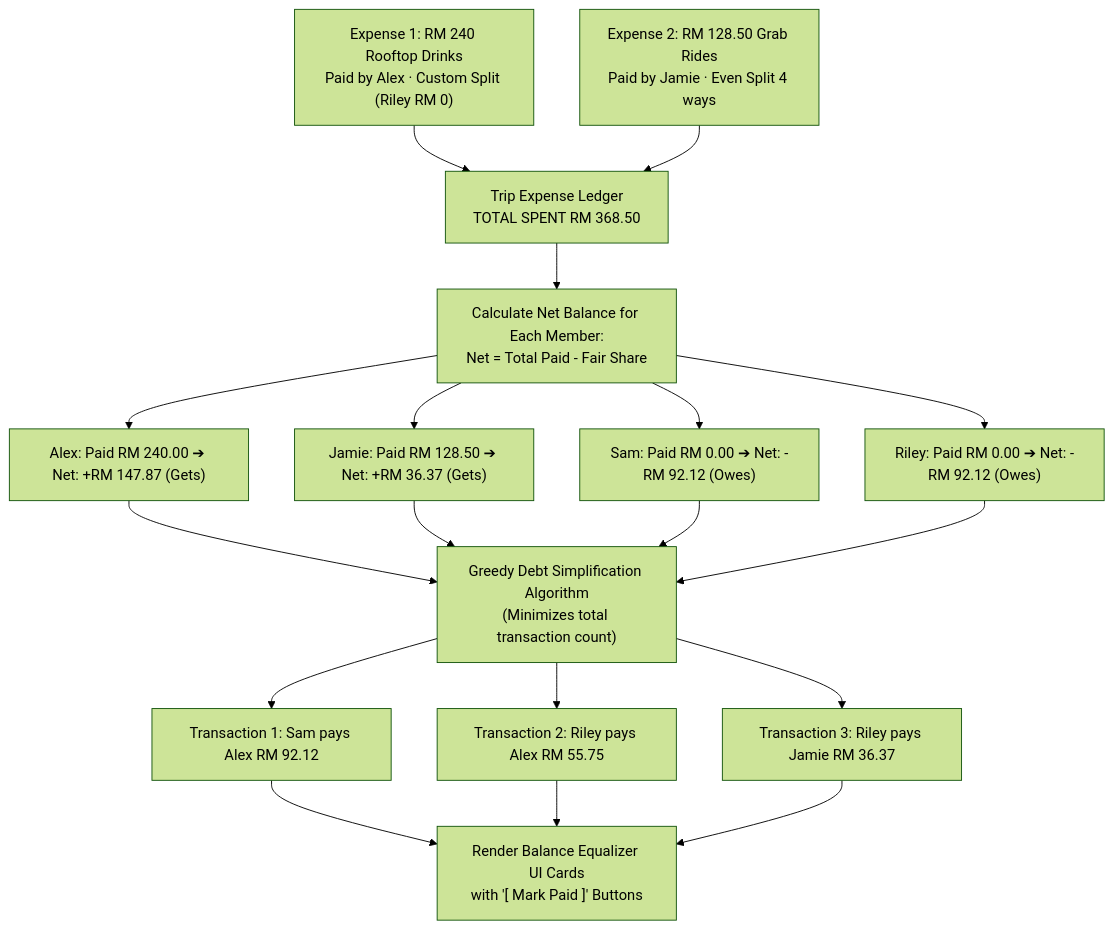
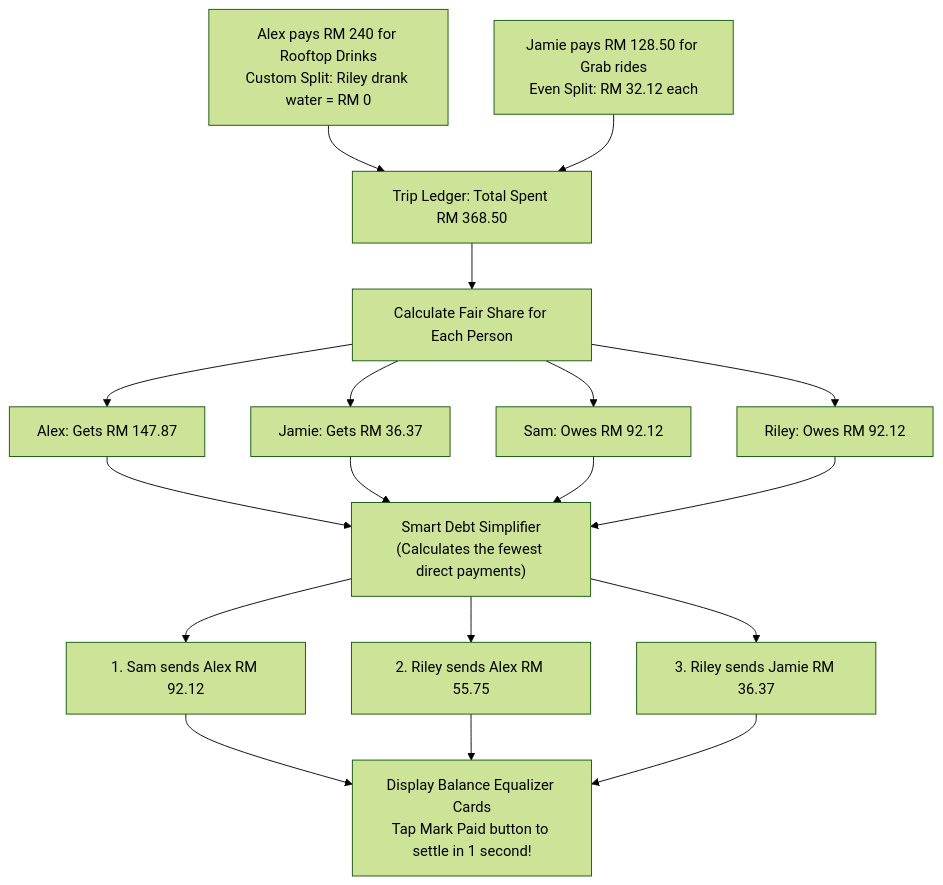
The ninth of 14 diagrams in README.md (nlzce/We-are-the-champions_Plan-B), drawn with Mermaid (forest theme) before and after one commit. The commit also changed other lines of this file, not shown here.

Commit message:
docs: simplify diagrams and narrative into plain, human-readable user flows while preserving tech stack

````diff
--- a/README.md
+++ b/README.md
@@ -414,25 +285,24 @@
 ```mermaid
 flowchart TD
-  Log1["Expense 1: RM 240 Rooftop Drinks<br/>Paid by Alex · Custom Split (Riley RM 0)"] --> Ledger["Trip Expense Ledger<br/>TOTAL SPENT RM 368.50"]
-  Log2["Expense 2: RM 128.50 Grab Rides<br/>Paid by Jamie · Even Split 4 ways"] --> Ledger
+  Receipt1["Alex pays RM 240 for Rooftop Drinks<br/>Custom Split: Riley drank water = RM 0"] --> MoneyLedger["Trip Ledger: Total Spent RM 368.50"]
+  Receipt2["Jamie pays RM 128.50 for Grab rides<br/>Even Split: RM 32.12 each"] --> MoneyLedger
 
-  Ledger --> NetCalc["Calculate Net Balance for Each Member:<br/>Net = Total Paid - Fair Share"]
+  MoneyLedger --> BalanceMath["Calculate Fair Share for Each Person"]
+  BalanceMath --> S1["Alex: Gets RM 147.87"]
+  BalanceMath --> S2["Jamie: Gets RM 36.37"]
+  BalanceMath --> S3["Sam: Owes RM 92.12"]
+  BalanceMath --> S4["Riley: Owes RM 92.12"]
 
-  NetCalc --> B1["Alex: Paid RM 240.00 ➔ Net: +RM 147.87 (Gets)"]
-  NetCalc --> B2["Jamie: Paid RM 128.50 ➔ Net: +RM 36.37 (Gets)"]
-  NetCalc --> B3["Sam: Paid RM 0.00 ➔ Net: -RM 92.12 (Owes)"]
-  NetCalc --> B4["Riley: Paid RM 0.00 ➔ Net: -RM 92.12 (Owes)"]
+  S1 --> SmartSettlement["Smart Debt Simplifier<br/>(Calculates the fewest direct payments)"]
+  S2 --> SmartSettlement
+  S3 --> SmartSettlement
+  S4 --> SmartSettlement
 
-  B1 --> GraphSolve["Greedy Debt Simplification Algorithm<br/>(Minimizes total transaction count)"]
-  B2 --> GraphSolve
-  B3 --> GraphSolve
-  B4 --> GraphSolve
+  SmartSettlement --> Pay1["1. Sam sends Alex RM 92.12"]
+  SmartSettlement --> Pay2["2. Riley sends Alex RM 55.75"]
+  SmartSettlement --> Pay3["3. Riley sends Jamie RM 36.37"]
 
-  GraphSolve --> Settle1["Transaction 1: Sam pays Alex RM 92.12"]
-  GraphSolve --> Settle2["Transaction 2: Riley pays Alex RM 55.75"]
-  GraphSolve --> Settle3["Transaction 3: Riley pays Jamie RM 36.37"]
-
-  Settle1 --> UI["Render Balance Equalizer UI Cards<br/>with '[ Mark Paid ]' Buttons"]
-  Settle2 --> UI
-  Settle3 --> UI
+  Pay1 --> CardUI["Display Balance Equalizer Cards<br/>Tap Mark Paid button to settle in 1 second!"]
+  Pay2 --> CardUI
+  Pay3 --> CardUI
 ```
````
